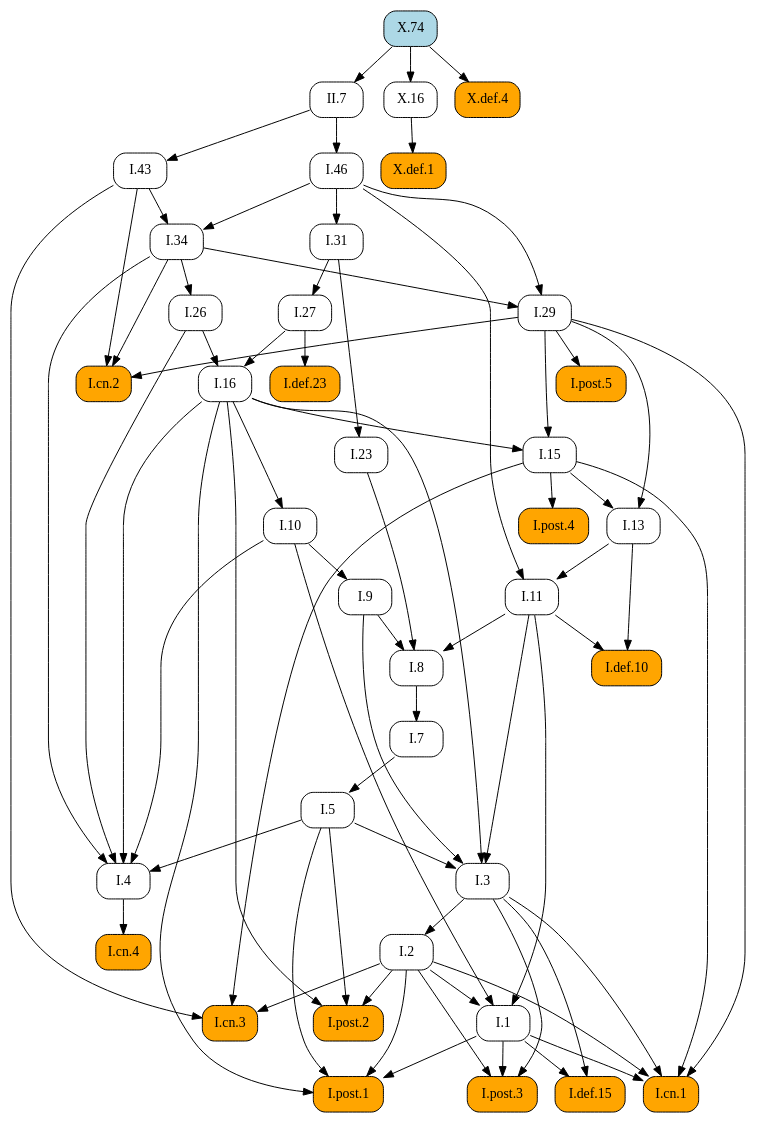
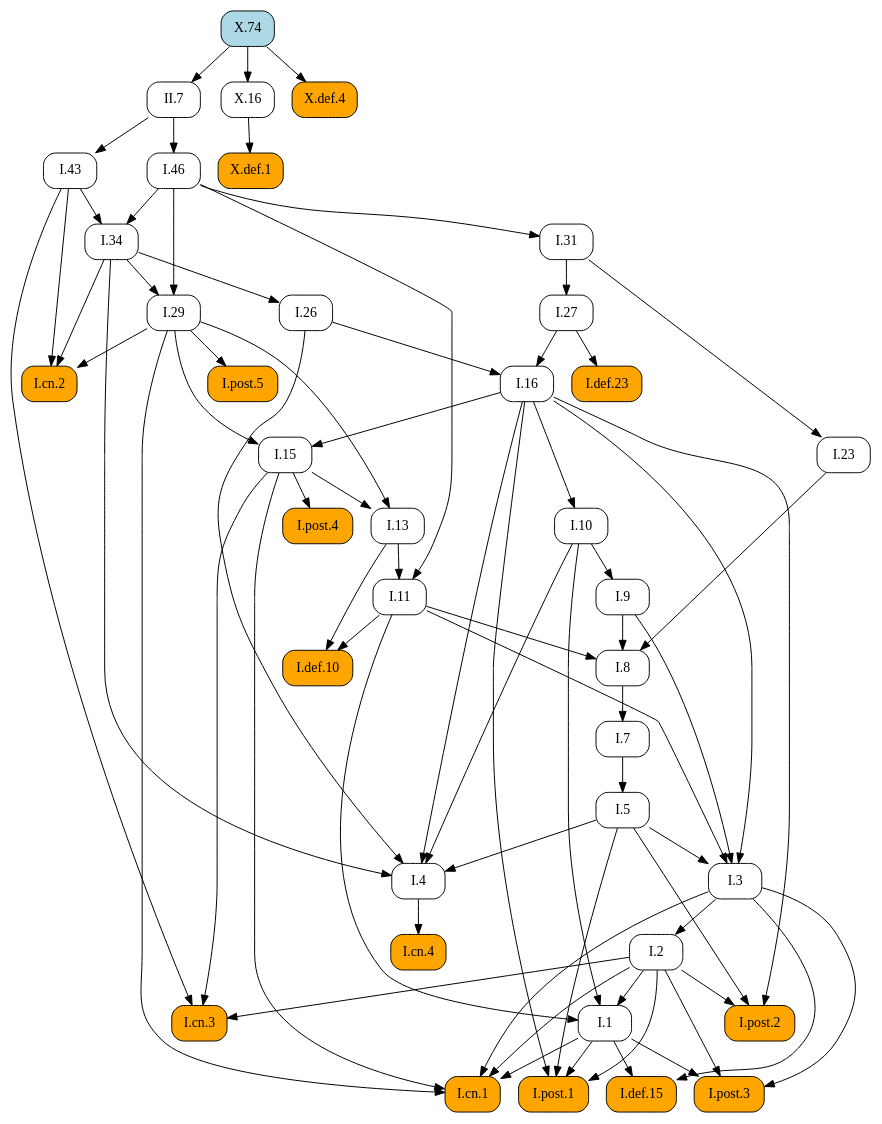
The diagram in docsrc/heath/X/74/index.rst (geometor/elements), drawn with Graphviz before and after one commit. The commit also changed other lines of this file and 1029 other files, not shown here.

```diff
--- a/docsrc/heath/X/74/index.rst
+++ b/docsrc/heath/X/74/index.rst
@@ -39,113 +39,113 @@
    digraph {
      rankdir="TB";
      node [shape=box, style=rounded];
+     "I.def.10" [style="rounded,filled", fillcolor=orange, URL="/heath/I/def.10/", target="_top"];
+     "I.11" [URL="/heath/I/11/", target="_top"];
+     "I.post.4" [style="rounded,filled", fillcolor=orange, URL="/heath/I/post.4/", target="_top"];
+     "I.1" [URL="/heath/I/1/", target="_top"];
+     "I.26" [URL="/heath/I/26/", target="_top"];
+     "I.29" [URL="/heath/I/29/", target="_top"];
+     "I.cn.2" [style="rounded,filled", fillcolor=orange, URL="/heath/I/cn.2/", target="_top"];
+     "X.def.1" [style="rounded,filled", fillcolor=orange, URL="/heath/X/def.1/", target="_top"];
+     "I.def.15" [style="rounded,filled", fillcolor=orange, URL="/heath/I/def.15/", target="_top"];
+     "I.post.3" [style="rounded,filled", fillcolor=orange, URL="/heath/I/post.3/", target="_top"];
+     "I.cn.1" [style="rounded,filled", fillcolor=orange, URL="/heath/I/cn.1/", target="_top"];
      "I.cn.3" [style="rounded,filled", fillcolor=orange, URL="/heath/I/cn.3/", target="_top"];
-     "I.29" [URL="/heath/I/29/", target="_top"];
+     "I.23" [URL="/heath/I/23/", target="_top"];
+     "I.43" [URL="/heath/I/43/", target="_top"];
+     "I.post.1" [style="rounded,filled", fillcolor=orange, URL="/heath/I/post.1/", target="_top"];
+     "I.10" [URL="/heath/I/10/", target="_top"];
+     "I.27" [URL="/heath/I/27/", target="_top"];
+     "I.46" [URL="/heath/I/46/", target="_top"];
      "I.7" [URL="/heath/I/7/", target="_top"];
-     "I.27" [URL="/heath/I/27/", target="_top"];
+     "I.34" [URL="/heath/I/34/", target="_top"];
+     "I.3" [URL="/heath/I/3/", target="_top"];
+     "I.2" [URL="/heath/I/2/", target="_top"];
+     "I.4" [URL="/heath/I/4/", target="_top"];
      "I.def.23" [style="rounded,filled", fillcolor=orange, URL="/heath/I/def.23/", target="_top"];
-     "I.34" [URL="/heath/I/34/", target="_top"];
+     "I.13" [URL="/heath/I/13/", target="_top"];
+     "II.7" [URL="/heath/II/7/", target="_top"];
+     "I.31" [URL="/heath/I/31/", target="_top"];
+     "I.post.2" [style="rounded,filled", fillcolor=orange, URL="/heath/I/post.2/", target="_top"];
+     "I.16" [URL="/heath/I/16/", target="_top"];
+     "I.9" [URL="/heath/I/9/", target="_top"];
+     "X.16" [URL="/heath/X/16/", target="_top"];
      "I.8" [URL="/heath/I/8/", target="_top"];
-     "I.9" [URL="/heath/I/9/", target="_top"];
-     "I.post.4" [style="rounded,filled", fillcolor=orange, URL="/heath/I/post.4/", target="_top"];
-     "I.2" [URL="/heath/I/2/", target="_top"];
-     "I.def.15" [style="rounded,filled", fillcolor=orange, URL="/heath/I/def.15/", target="_top"];
-     "I.1" [URL="/heath/I/1/", target="_top"];
-     "I.post.1" [style="rounded,filled", fillcolor=orange, URL="/heath/I/post.1/", target="_top"];
-     "X.def.1" [style="rounded,filled", fillcolor=orange, URL="/heath/X/def.1/", target="_top"];
      "I.cn.4" [style="rounded,filled", fillcolor=orange, URL="/heath/I/cn.4/", target="_top"];
-     "I.26" [URL="/heath/I/26/", target="_top"];
-     "II.7" [URL="/heath/II/7/", target="_top"];
-     "I.13" [URL="/heath/I/13/", target="_top"];
-     "I.23" [URL="/heath/I/23/", target="_top"];
-     "I.cn.2" [style="rounded,filled", fillcolor=orange, URL="/heath/I/cn.2/", target="_top"];
+     "I.15" [URL="/heath/I/15/", target="_top"];
+     "I.post.5" [style="rounded,filled", fillcolor=orange, URL="/heath/I/post.5/", target="_top"];
+     "X.74" [style="rounded,filled", fillcolor=lightblue, URL="/heath/X/74/", target="_top"];
+     "X.def.4" [style="rounded,filled", fillcolor=orange, URL="/heath/X/def.4/", target="_top"];
      "I.5" [URL="/heath/I/5/", target="_top"];
-     "I.11" [URL="/heath/I/11/", target="_top"];
-     "I.10" [URL="/heath/I/10/", target="_top"];
-     "I.4" [URL="/heath/I/4/", target="_top"];
-     "I.3" [URL="/heath/I/3/", target="_top"];
-     "I.16" [URL="/heath/I/16/", target="_top"];
-     "I.31" [URL="/heath/I/31/", target="_top"];
-     "I.43" [URL="/heath/I/43/", target="_top"];
-     "I.def.10" [style="rounded,filled", fillcolor=orange, URL="/heath/I/def.10/", target="_top"];
-     "I.46" [URL="/heath/I/46/", target="_top"];
-     "X.16" [URL="/heath/X/16/", target="_top"];
-     "I.post.2" [style="rounded,filled", fillcolor=orange, URL="/heath/I/post.2/", target="_top"];
-     "I.post.3" [style="rounded,filled", fillcolor=orange, URL="/heath/I/post.3/", target="_top"];
-     "X.def.4" [style="rounded,filled", fillcolor=orange, URL="/heath/X/def.4/", target="_top"];
-     "I.post.5" [style="rounded,filled", fillcolor=orange, URL="/heath/I/post.5/", target="_top"];
-     "I.15" [URL="/heath/I/15/", target="_top"];
-     "X.74" [style="rounded,filled", fillcolor=lightblue, URL="/heath/X/74/", target="_top"];
-     "I.cn.1" [style="rounded,filled", fillcolor=orange, URL="/heath/I/cn.1/", target="_top"];
+     "I.11" -> "I.def.10";
+     "I.13" -> "I.def.10";
+     "I.13" -> "I.11";
+     "I.46" -> "I.11";
+     "I.15" -> "I.post.4";
+     "I.2" -> "I.1";
+     "I.10" -> "I.1";
+     "I.11" -> "I.1";
+     "I.34" -> "I.26";
+     "I.34" -> "I.29";
+     "I.46" -> "I.29";
+     "I.29" -> "I.cn.2";
+     "I.34" -> "I.cn.2";
+     "I.43" -> "I.cn.2";
+     "X.16" -> "X.def.1";
+     "I.1" -> "I.def.15";
+     "I.3" -> "I.def.15";
+     "I.1" -> "I.post.3";
+     "I.2" -> "I.post.3";
+     "I.3" -> "I.post.3";
+     "I.1" -> "I.cn.1";
+     "I.2" -> "I.cn.1";
+     "I.3" -> "I.cn.1";
+     "I.15" -> "I.cn.1";
+     "I.29" -> "I.cn.1";
      "I.2" -> "I.cn.3";
      "I.15" -> "I.cn.3";
      "I.43" -> "I.cn.3";
-     "I.34" -> "I.29";
-     "I.46" -> "I.29";
-     "I.8" -> "I.7";
-     "I.31" -> "I.27";
-     "I.27" -> "I.def.23";
-     "I.43" -> "I.34";
-     "I.46" -> "I.34";
-     "I.9" -> "I.8";
-     "I.11" -> "I.8";
-     "I.23" -> "I.8";
-     "I.10" -> "I.9";
-     "I.15" -> "I.post.4";
-     "I.3" -> "I.2";
-     "I.1" -> "I.def.15";
-     "I.3" -> "I.def.15";
-     "I.2" -> "I.1";
-     "I.10" -> "I.1";
-     "I.11" -> "I.1";
+     "I.31" -> "I.23";
+     "II.7" -> "I.43";
      "I.1" -> "I.post.1";
      "I.2" -> "I.post.1";
      "I.5" -> "I.post.1";
      "I.16" -> "I.post.1";
-     "X.16" -> "X.def.1";
-     "I.4" -> "I.cn.4";
-     "I.34" -> "I.26";
-     "X.74" -> "II.7";
-     "I.15" -> "I.13";
-     "I.29" -> "I.13";
-     "I.31" -> "I.23";
-     "I.29" -> "I.cn.2";
-     "I.34" -> "I.cn.2";
-     "I.43" -> "I.cn.2";
-     "I.7" -> "I.5";
-     "I.13" -> "I.11";
-     "I.46" -> "I.11";
      "I.16" -> "I.10";
+     "I.31" -> "I.27";
+     "II.7" -> "I.46";
+     "I.8" -> "I.7";
+     "I.43" -> "I.34";
+     "I.46" -> "I.34";
+     "I.5" -> "I.3";
+     "I.9" -> "I.3";
+     "I.11" -> "I.3";
+     "I.16" -> "I.3";
+     "I.3" -> "I.2";
      "I.5" -> "I.4";
      "I.10" -> "I.4";
      "I.16" -> "I.4";
      "I.26" -> "I.4";
      "I.34" -> "I.4";
-     "I.5" -> "I.3";
-     "I.9" -> "I.3";
-     "I.11" -> "I.3";
-     "I.16" -> "I.3";
-     "I.26" -> "I.16";
-     "I.27" -> "I.16";
+     "I.27" -> "I.def.23";
+     "I.15" -> "I.13";
+     "I.29" -> "I.13";
+     "X.74" -> "II.7";
      "I.46" -> "I.31";
-     "II.7" -> "I.43";
-     "I.11" -> "I.def.10";
-     "I.13" -> "I.def.10";
-     "II.7" -> "I.46";
-     "X.74" -> "X.16";
      "I.2" -> "I.post.2";
      "I.5" -> "I.post.2";
      "I.16" -> "I.post.2";
-     "I.1" -> "I.post.3";
-     "I.2" -> "I.post.3";
-     "I.3" -> "I.post.3";
-     "X.74" -> "X.def.4";
-     "I.29" -> "I.post.5";
+     "I.26" -> "I.16";
+     "I.27" -> "I.16";
+     "I.10" -> "I.9";
+     "X.74" -> "X.16";
+     "I.9" -> "I.8";
+     "I.11" -> "I.8";
+     "I.23" -> "I.8";
+     "I.4" -> "I.cn.4";
      "I.16" -> "I.15";
      "I.29" -> "I.15";
-     "I.1" -> "I.cn.1";
-     "I.2" -> "I.cn.1";
-     "I.3" -> "I.cn.1";
-     "I.15" -> "I.cn.1";
-     "I.29" -> "I.cn.1";
+     "I.29" -> "I.post.5";
+     "X.74" -> "X.def.4";
+     "I.7" -> "I.5";
    }
```
